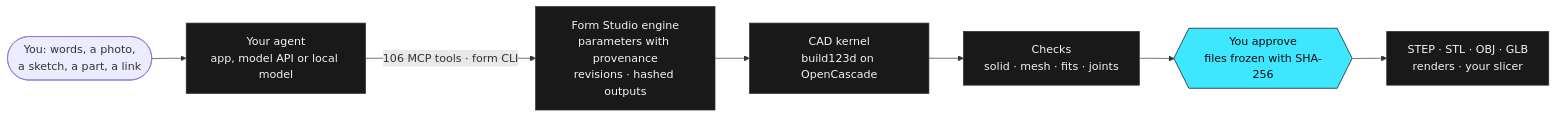
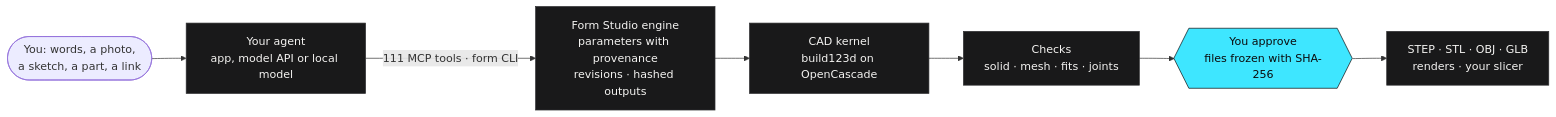
One commit to kaizensx/form-studio changed the diagram in README.md. Above: the diagram before and after it, drawn with Mermaid. The commit also changed other lines of this file and 26 other files, not shown here.

````diff
--- a/README.md
+++ b/README.md
@@ -86,13 +86,13 @@
 ```mermaid
 flowchart LR
   you(["You: words, a photo,<br/>a sketch, a part, a link"]) --> agent["Your agent<br/>app, model API or local model"]
-  agent -- "106 MCP tools · form CLI" --> engine["Form Studio engine<br/>parameters with provenance<br/>revisions · hashed outputs"]
+  agent -- "111 MCP tools · form CLI" --> engine["Form Studio engine<br/>parameters with provenance<br/>revisions · hashed outputs"]
   engine --> kernel["CAD kernel<br/>build123d on OpenCascade"]
   kernel --> checks["Checks<br/>solid · mesh · fits · joints"]
   checks --> release{{"You approve<br/>files frozen with SHA-256"}}
   release --> out["STEP · STL · OBJ · GLB<br/>renders · your slicer"]
   classDef datum fill:#3ee6ff,stroke:#0b0b0c,color:#0b0b0c
   classDef plate fill:#19191a,stroke:#2f2f31,color:#f4f3f1
   class release datum
   class agent,engine,kernel,checks,out plate
 ```
````
